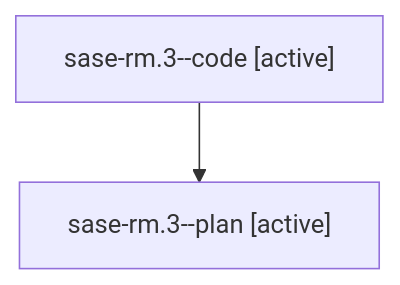
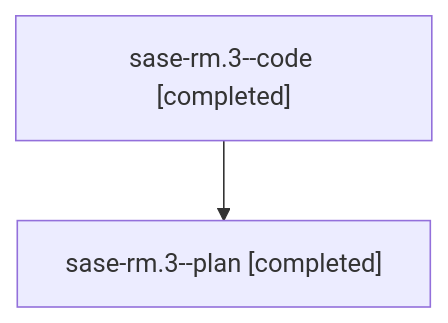
The diagram in families/bbugyi200.athena.sase-rm.3.md (sase-org/sase--agents), drawn with Mermaid before and after one commit. The commit also changed other lines of this file and 118 other files, not shown here.

````diff
--- a/families/bbugyi200.athena.sase-rm.3.md
+++ b/families/bbugyi200.athena.sase-rm.3.md
@@ -9,6 +9,6 @@
 ```mermaid
 flowchart TD
-  n0["sase-rm.3--code [active]"]
-  n1["sase-rm.3--plan [active]"]
+  n0["sase-rm.3--code [completed]"]
+  n1["sase-rm.3--plan [completed]"]
   n0 --> n1
 ```
````
